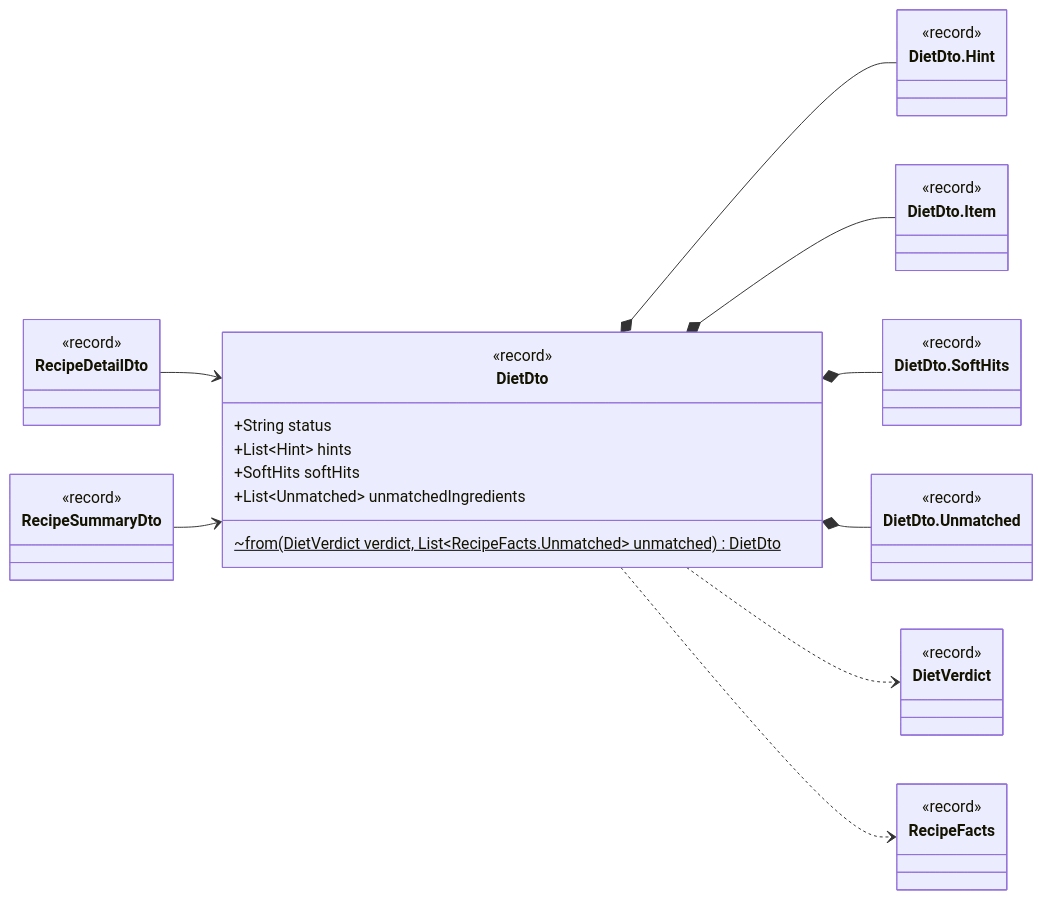
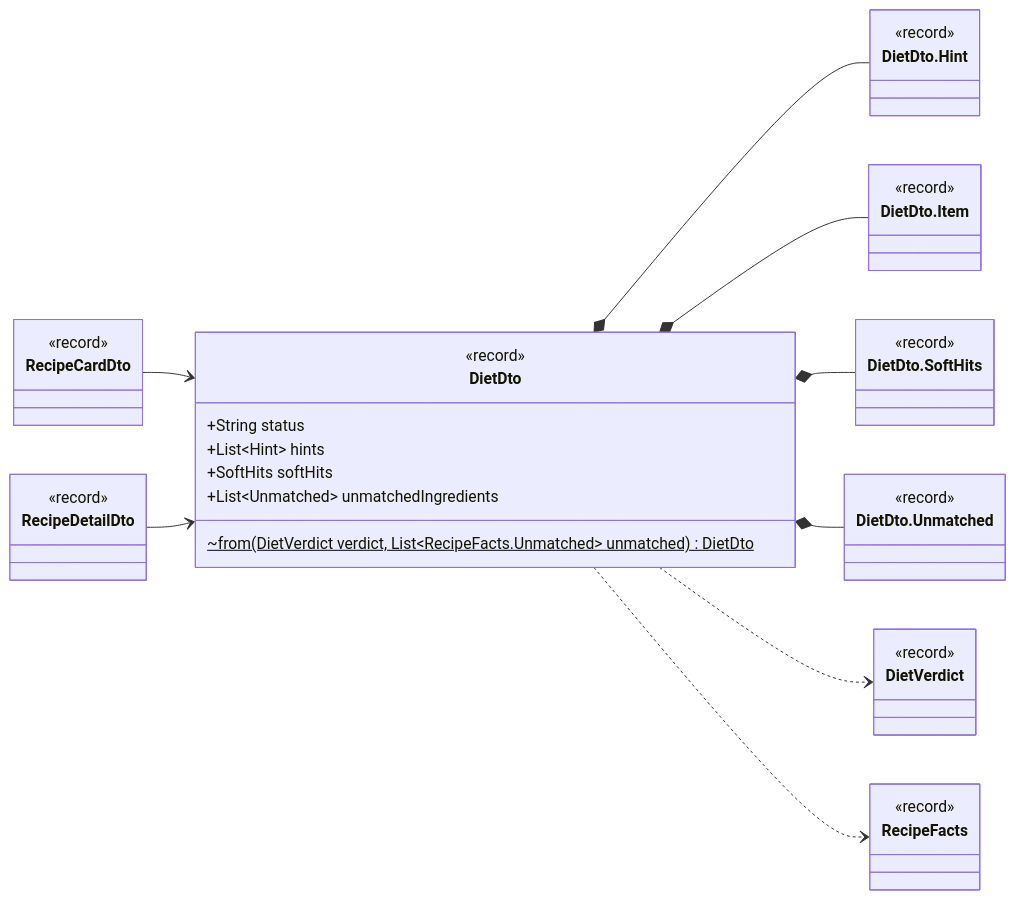
Before and after one commit to Nate-ryan-7690/dahaem: diagram 13 of 52 in docs/classes/api.md, drawn with Mermaid. The commit also changed other lines of this file and 35 other files, not shown here.

First line of the commit message:
Recipe search and paging for GET /api/recipes

````diff
--- a/docs/classes/api.md
+++ b/docs/classes/api.md
@@ -611,44 +616,44 @@
 ```mermaid
 classDiagram
     direction LR
     class api_DietDto["DietDto"] {
         <<record>>
         +String status
         +List~Hint~ hints
         +SoftHits softHits
         +List~Unmatched~ unmatchedIngredients
         ~from(DietVerdict verdict, List~RecipeFacts.Unmatched~ unmatched) DietDto$
     }
     class api_DietDto_Hint["DietDto.Hint"] {
         <<record>>
     }
     class api_DietDto_Item["DietDto.Item"] {
         <<record>>
     }
     class api_DietDto_SoftHits["DietDto.SoftHits"] {
         <<record>>
     }
     class api_DietDto_Unmatched["DietDto.Unmatched"] {
         <<record>>
     }
-    class api_RecipeDetailDto["RecipeDetailDto"] {
+    class api_RecipeCardDto["RecipeCardDto"] {
         <<record>>
     }
-    class api_RecipeSummaryDto["RecipeSummaryDto"] {
+    class api_RecipeDetailDto["RecipeDetailDto"] {
         <<record>>
     }
     class diet_DietVerdict["DietVerdict"] {
         <<record>>
     }
     class tags_RecipeFacts["RecipeFacts"] {
         <<record>>
     }
     api_DietDto *-- api_DietDto_Hint
     api_DietDto *-- api_DietDto_Item
     api_DietDto *-- api_DietDto_SoftHits
     api_DietDto *-- api_DietDto_Unmatched
     api_DietDto ..> diet_DietVerdict
     api_DietDto ..> tags_RecipeFacts
+    api_RecipeCardDto --> api_DietDto
     api_RecipeDetailDto --> api_DietDto
-    api_RecipeSummaryDto --> api_DietDto
 ```
````
